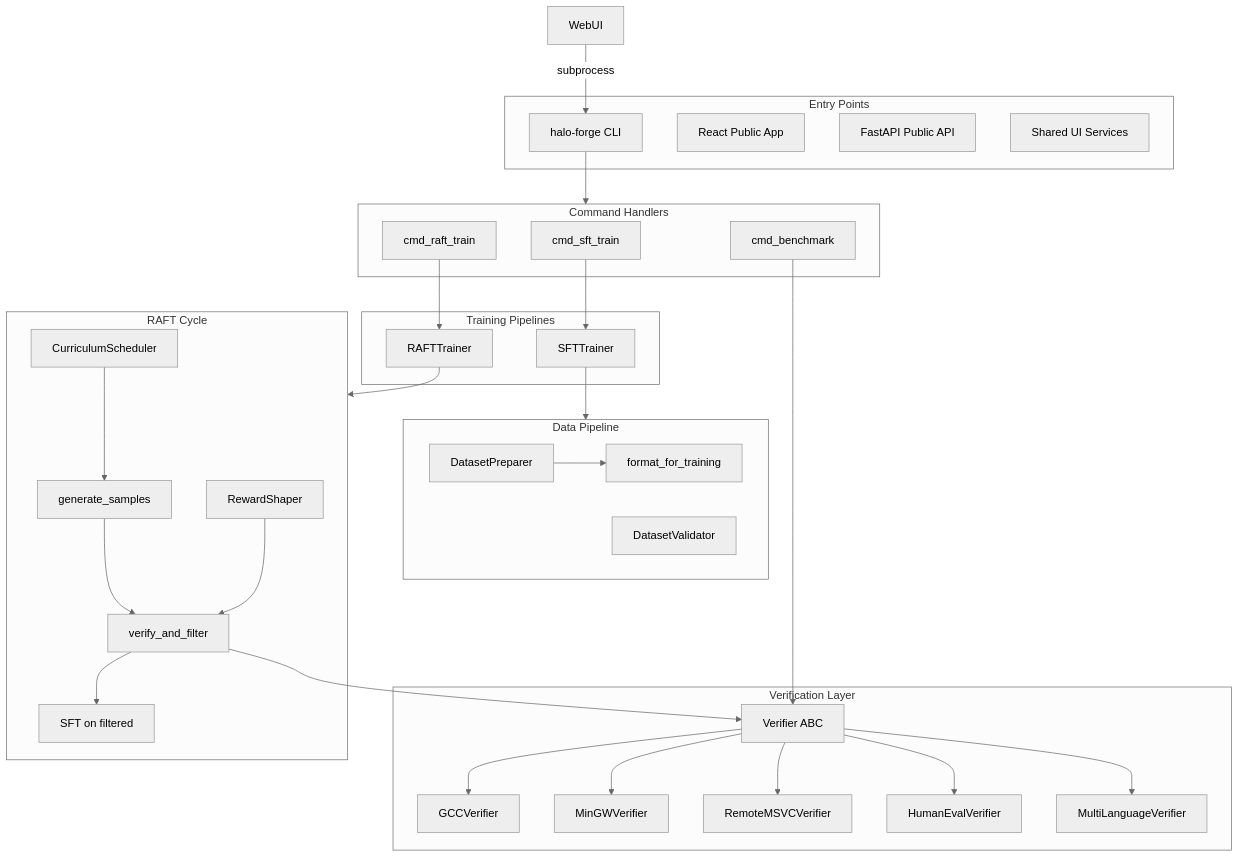
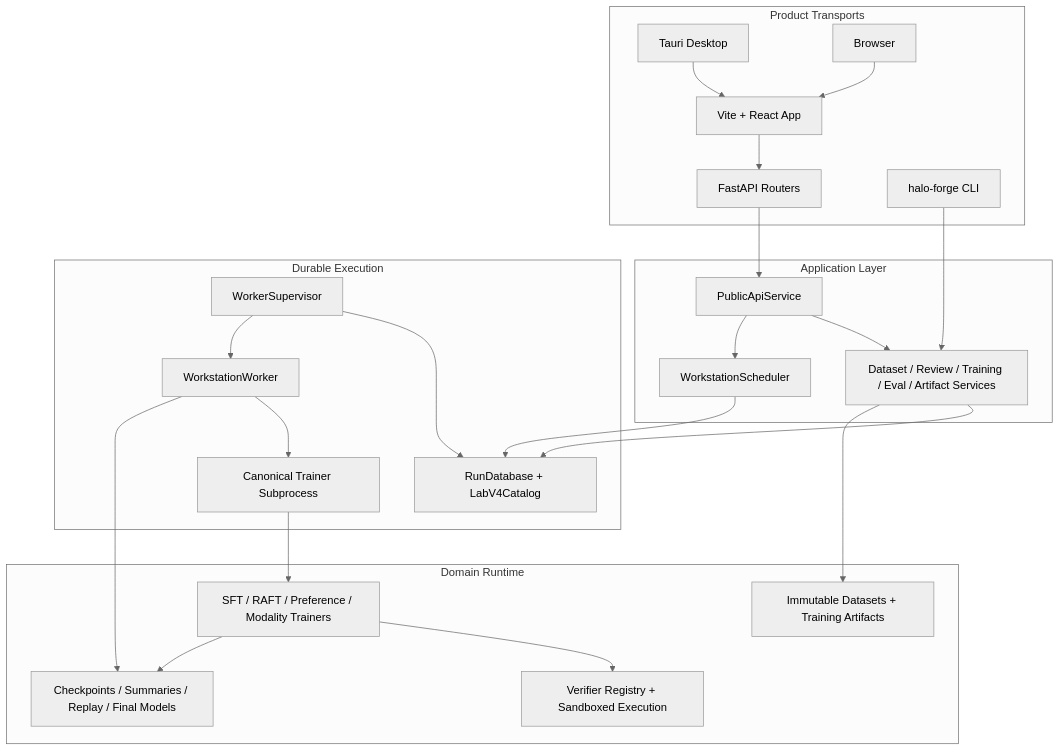
One commit to professor-moody/halo-forge changed the first of 2 diagrams in docs/ARCHITECTURE.md. Above: the diagram before and after it, drawn with Mermaid (neutral theme). The commit also changed other lines of this file and 38 other files, not shown here.

````diff
--- a/docs/ARCHITECTURE.md
+++ b/docs/ARCHITECTURE.md
@@ -24,66 +32,48 @@
 ```mermaid
 flowchart TB
-    subgraph entrypoint [Entry Points]
+    subgraph transport [Product Transports]
+        Desktop["Tauri Desktop"]
+        Browser["Browser"]
+        React["Vite + React App"]
+        API["FastAPI Routers"]
         CLI["halo-forge CLI"]
-        PublicApp["React Public App"]
-        PublicAPI["FastAPI Public API"]
-        Services["Shared UI Services"]
     end
-    
-    subgraph commands [Command Handlers]
-        SFTCmd["cmd_sft_train"]
-        RAFTCmd["cmd_raft_train"]
-        BenchCmd["cmd_benchmark"]
+
+    subgraph application [Application Layer]
+        PublicService["PublicApiService"]
+        DomainServices["Dataset / Review / Training / Eval / Artifact Services"]
+        Scheduler["WorkstationScheduler"]
     end
-    
-    subgraph training [Training Pipelines]
-        SFTTrainer["SFTTrainer"]
-        RAFTTrainer["RAFTTrainer"]
+
+    subgraph execution [Durable Execution]
+        Catalog["RunDatabase + LabV4Catalog"]
+        Supervisor["WorkerSupervisor"]
+        Worker["WorkstationWorker"]
+        TrainerProcess["Canonical Trainer Subprocess"]
     end
-    
-    subgraph verification [Verification Layer]
-        VerifierBase["Verifier ABC"]
-        GCC["GCCVerifier"]
-        MinGW["MinGWVerifier"]
-        MSVC["RemoteMSVCVerifier"]
-        HumanEval["HumanEvalVerifier"]
-        Multi["MultiLanguageVerifier"]
+
+    subgraph domain [Domain Runtime]
+        Data["Immutable Datasets + Training Artifacts"]
+        Trainers["SFT / RAFT / Preference / Modality Trainers"]
+        Verifiers["Verifier Registry + Sandboxed Execution"]
+        Artifacts["Checkpoints / Summaries / Replay / Final Models"]
     end
-    
-    subgraph data [Data Pipeline]
-        Formatter["format_for_training"]
-        PublicDS["DatasetPreparer"]
-        Validator["DatasetValidator"]
-    end
-    
-    subgraph raft_internals [RAFT Cycle]
-        Generate["generate_samples"]
-        Verify["verify_and_filter"]
-        Train["SFT on filtered"]
-        Curriculum["CurriculumScheduler"]
-        Shaping["RewardShaper"]
-    end
-    
-    CLI --> commands
-    WebUI -->|subprocess| CLI
-    
-    SFTCmd --> SFTTrainer
-    RAFTCmd --> RAFTTrainer
-    BenchCmd --> VerifierBase
-    
-    RAFTTrainer --> raft_internals
-    Generate --> Verify
-    Verify --> VerifierBase
-    Verify --> Train
-    Curriculum --> Generate
-    Shaping --> Verify
-    
-    VerifierBase --> GCC
-    VerifierBase --> MinGW
-    VerifierBase --> MSVC
-    VerifierBase --> HumanEval
-    VerifierBase --> Multi
-    
-    SFTTrainer --> data
-    PublicDS --> Formatter
+
+    Desktop --> React
+    Browser --> React
+    React --> API
+    API --> PublicService
+    CLI --> DomainServices
+    PublicService --> DomainServices
+    PublicService --> Scheduler
+    Scheduler --> Catalog
+    Supervisor --> Catalog
+    Supervisor --> Worker
+    Worker --> TrainerProcess
+    TrainerProcess --> Trainers
+    DomainServices --> Catalog
+    DomainServices --> Data
+    Trainers --> Verifiers
+    Trainers --> Artifacts
+    Worker --> Artifacts
 ```
````
